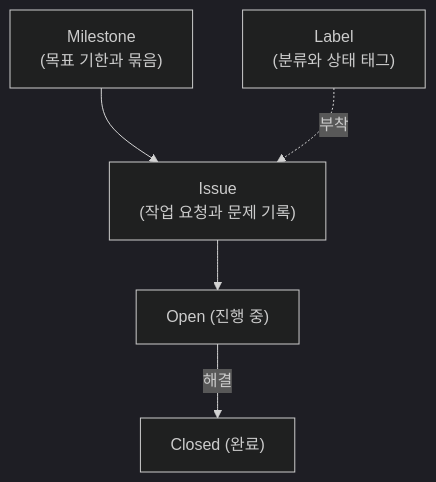
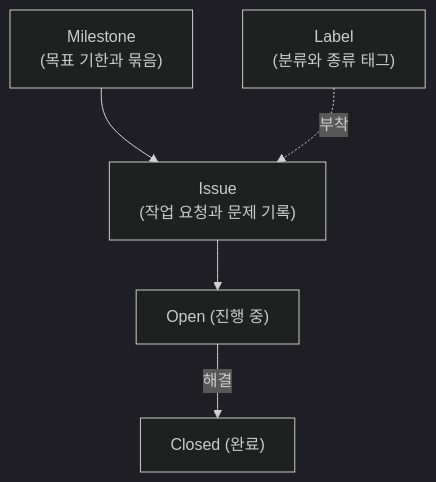
The first of 2 diagrams in docs/easy/02-ai-and-github.md (qus0in-factory/learn), drawn with Mermaid (dark theme) before and after one commit. The commit also changed other lines of this file, not shown here.

Commit message:
docs(git-easy): align label terms with original lecture

````diff
--- a/docs/easy/02-ai-and-github.md
+++ b/docs/easy/02-ai-and-github.md
@@ -28,7 +28,7 @@
 ```mermaid
 flowchart TB
     MS["Milestone<br/>(목표 기한과 묶음)"] --> I1["Issue<br/>(작업 요청과 문제 기록)"]
-    LB["Label<br/>(분류와 상태 태그)"] -.->|부착| I1
+    LB["Label<br/>(분류와 종류 태그)"] -.->|부착| I1
     I1 --> OPEN["Open (진행 중)"]
     OPEN -->|해결| CLOSED["Closed (완료)"]
 ```
````
